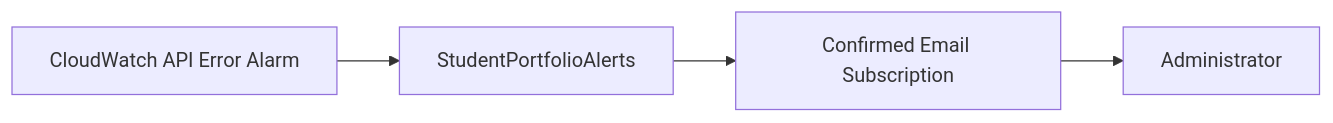
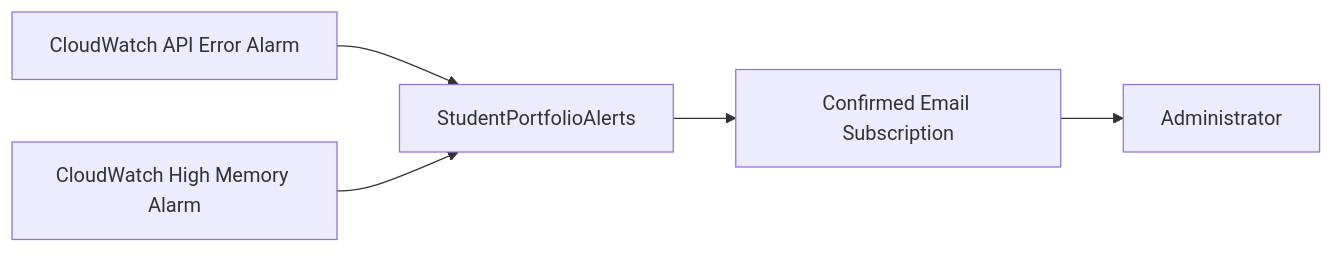
One commit to santhoshpranavk/AWS-Serverless-Student-Portfolio changed the second of 10 diagrams in infrastructure/aws-resource-inventory.md. Above: the diagram before and after it, drawn with Mermaid. The commit also changed other lines of this file, not shown here.

````diff
--- a/infrastructure/aws-resource-inventory.md
+++ b/infrastructure/aws-resource-inventory.md
@@ -1299,6 +1781,7 @@
 ```mermaid
 flowchart LR
-    A[CloudWatch API Error Alarm] --> S[StudentPortfolioAlerts]
+    A1[CloudWatch API Error Alarm] --> S[StudentPortfolioAlerts]
+    A2[CloudWatch High Memory Alarm] --> S
     S --> E[Confirmed Email Subscription]
     E --> U[Administrator]
 ```
````
